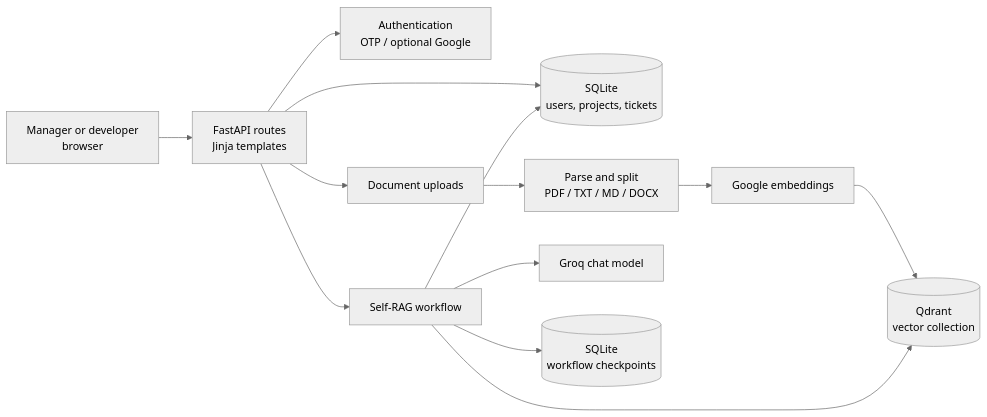
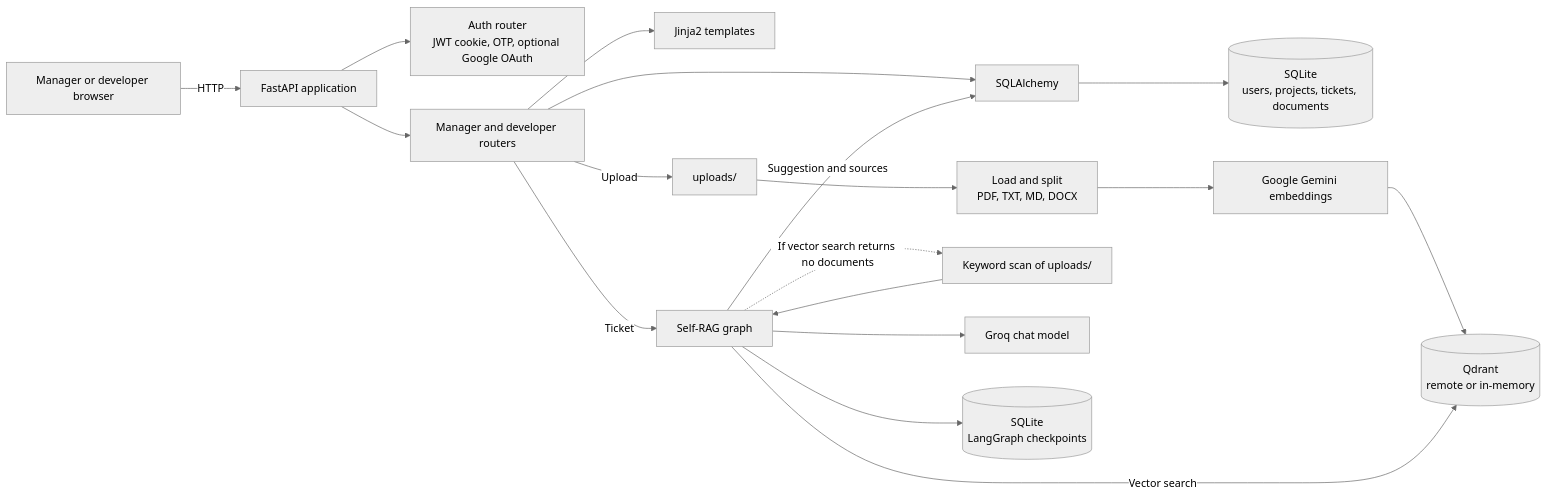
The first of 4 diagrams in README.md (Ashish29-glitch/DevResolve-AI), drawn with Mermaid (neutral theme) before and after one commit. The commit also changed other lines of this file and 28 other files, not shown here.

````diff
--- a/README.md
+++ b/README.md
@@ -21,15 +21,22 @@
 ```mermaid
 flowchart LR
-    Browser["Manager or developer<br/>browser"] --> UI["FastAPI routes<br/>Jinja templates"]
-    UI --> Auth["Authentication<br/>OTP / optional Google"]
-    UI --> DB[("SQLite<br/>users, projects, tickets")]
-    UI --> Uploads["Document uploads"]
-    Uploads --> Ingest["Parse and split<br/>PDF / TXT / MD / DOCX"]
-    Ingest --> Embed["Google embeddings"]
-    Embed --> Vectors[("Qdrant<br/>vector collection")]
-    UI --> RAG["Self-RAG workflow"]
-    RAG --> Vectors
+    Browser["Manager or developer browser"] -->|HTTP| App["FastAPI application"]
+    App --> Auth["Auth router<br/>JWT cookie, OTP, optional Google OAuth"]
+    App --> Workspaces["Manager and developer routers"]
+    Workspaces --> Templates["Jinja2 templates"]
+    Workspaces --> ORM["SQLAlchemy"]
+    ORM --> AppDB[("SQLite<br/>users, projects, tickets, documents")]
+
+    Workspaces -->|Upload| Files["uploads/"]
+    Files --> Parse["Load and split<br/>PDF, TXT, MD, DOCX"]
+    Parse --> Embed["Google Gemini embeddings"]
+    Embed --> Vectors[("Qdrant<br/>remote or in-memory")]
+
+    Workspaces -->|Ticket| RAG["Self-RAG graph"]
+    RAG -->|Vector search| Vectors
+    RAG -. "If vector search returns no documents" .-> Local["Keyword scan of uploads/"]
+    Local --> RAG
     RAG --> LLM["Groq chat model"]
-    RAG --> Memory[("SQLite<br/>workflow checkpoints")]
-    RAG --> DB
+    RAG --> Checkpoints[("SQLite<br/>LangGraph checkpoints")]
+    RAG -->|Suggestion and sources| ORM
 ```
````
